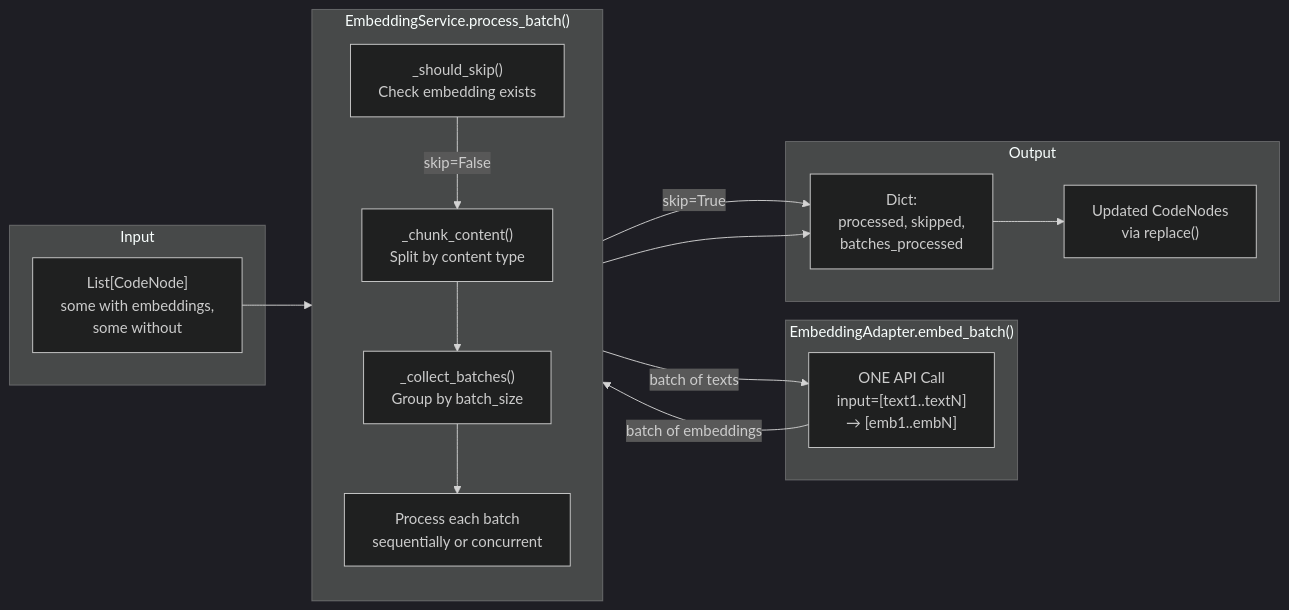
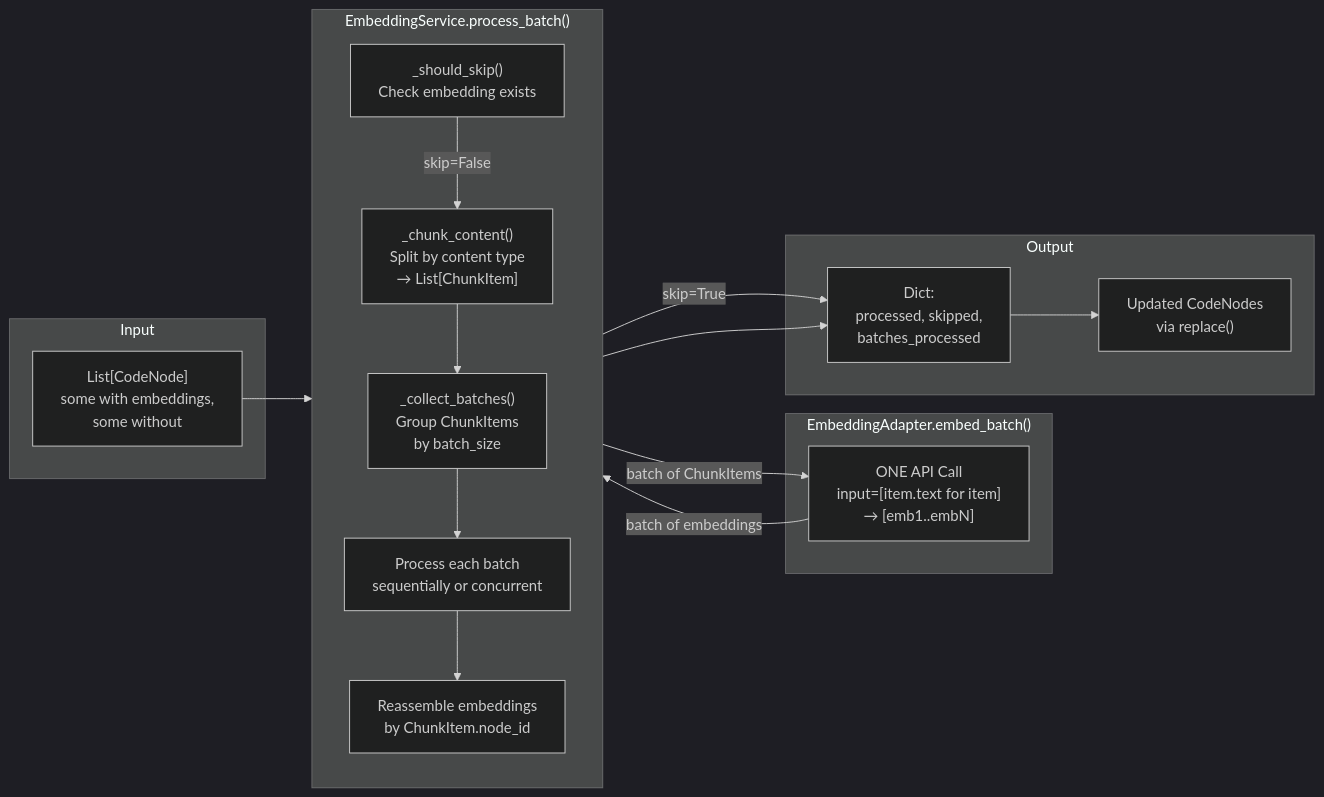
One commit to AI-Substrate/flow_squared changed the second of 4 diagrams in docs/plans/009-embeddings/tasks/phase-3-embedding-service/tasks.md. Above: the diagram before and after it, drawn with Mermaid (dark theme). The commit also changed other lines of this file and 19 other files, not shown here.

````diff
--- a/docs/plans/009-embeddings/tasks/phase-3-embedding-service/tasks.md
+++ b/docs/plans/009-embeddings/tasks/phase-3-embedding-service/tasks.md
@@ -183,33 +194,35 @@
 ```mermaid
 flowchart LR
     subgraph Input["Input"]
         Nodes["List[CodeNode]<br/>some with embeddings,<br/>some without"]
     end
 
     subgraph Service["EmbeddingService.process_batch()"]
         direction TB
         Skip["_should_skip()<br/>Check embedding exists"]
-        Collect["_collect_batches()<br/>Group by batch_size"]
-        Chunk["_chunk_content()<br/>Split by content type"]
+        Chunk["_chunk_content()<br/>Split by content type<br/>→ List[ChunkItem]"]
+        Collect["_collect_batches()<br/>Group ChunkItems<br/>by batch_size"]
         Process["Process each batch<br/>sequentially or concurrent"]
+        Reassemble["Reassemble embeddings<br/>by ChunkItem.node_id"]
     end
 
     subgraph Adapter["EmbeddingAdapter.embed_batch()"]
-        API["ONE API Call<br/>input=[text1..textN]<br/>→ [emb1..embN]"]
+        API["ONE API Call<br/>input=[item.text for item]<br/>→ [emb1..embN]"]
     end
 
     subgraph Output["Output"]
         Result["Dict:<br/>processed, skipped,<br/>batches_processed"]
         UpdatedNodes["Updated CodeNodes<br/>via replace()"]
     end
 
     Nodes --> Skip
     Skip -->|"skip=True"| Result
     Skip -->|"skip=False"| Chunk
     Chunk --> Collect
     Collect --> Process
-    Process -->|"batch of texts"| API
+    Process -->|"batch of ChunkItems"| API
     API -->|"batch of embeddings"| Process
-    Process --> Result
+    Process --> Reassemble
+    Reassemble --> Result
     Result --> UpdatedNodes
 ```
````
